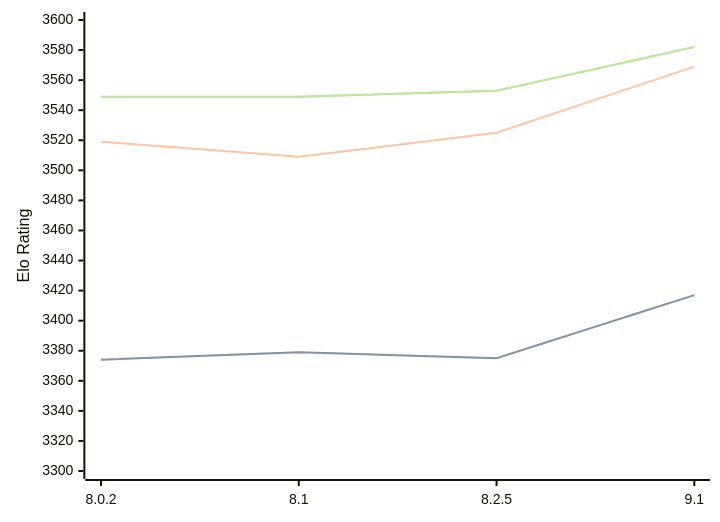
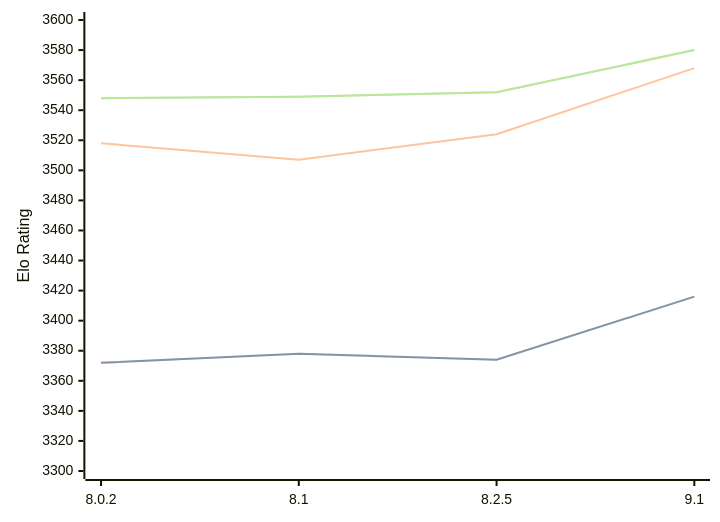
One commit to computer-chess-index/cci changed the diagram in engines/Clover.md. Above: the diagram before and after it, drawn with Mermaid. The commit also changed other lines of this file, not shown here.

Commit message:
Update CCI Ratings (ELO VLTC) - 2026-04-26

````diff
--- a/engines/Clover.md
+++ b/engines/Clover.md
@@ -64,11 +64,11 @@
 ```mermaid
 %%{init: {"theme":"base","themeVariables":{"seriesColors:['#a3a3a3','#222221','#faa371']}}}%%
 xychart-beta
   x-axis ["8.0.2", "8.1", "8.2.5", "9.1"]
   y-axis "Elo Rating" 3300 --> 3600
-  line "STC (8.0+0.08s)" [3374, 3379, 3375, 3417]
-  line "STC (8.0+0.08s)" [3374, 3379, 3375, 3417]
-  line "LTC (60.0+0.60s)" [3519, 3509, 3525, 3569]
-  line "VLTC (2m24s+1.12s)" [3549, 3549, 3553, 3582]
-  line "VLTC (2m24s+1.12s)" [3549, 3549, 3553, 3582]
+  line "STC (8.0+0.08s)" [3372, 3378, 3374, 3416]
+  line "STC (8.0+0.08s)" [3372, 3378, 3374, 3416]
+  line "LTC (60.0+0.60s)" [3518, 3507, 3524, 3568]
+  line "VLTC (2m24s+1.12s)" [3548, 3549, 3552, 3580]
+  line "VLTC (2m24s+1.12s)" [3548, 3549, 3552, 3580]
 ```
````
